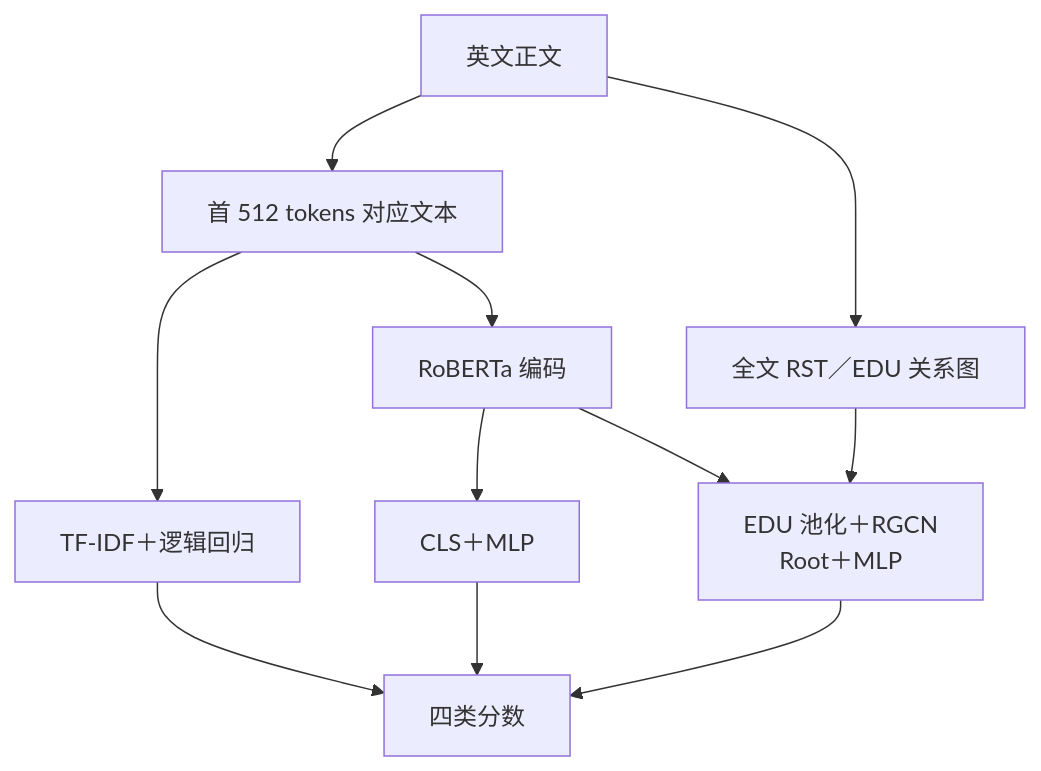
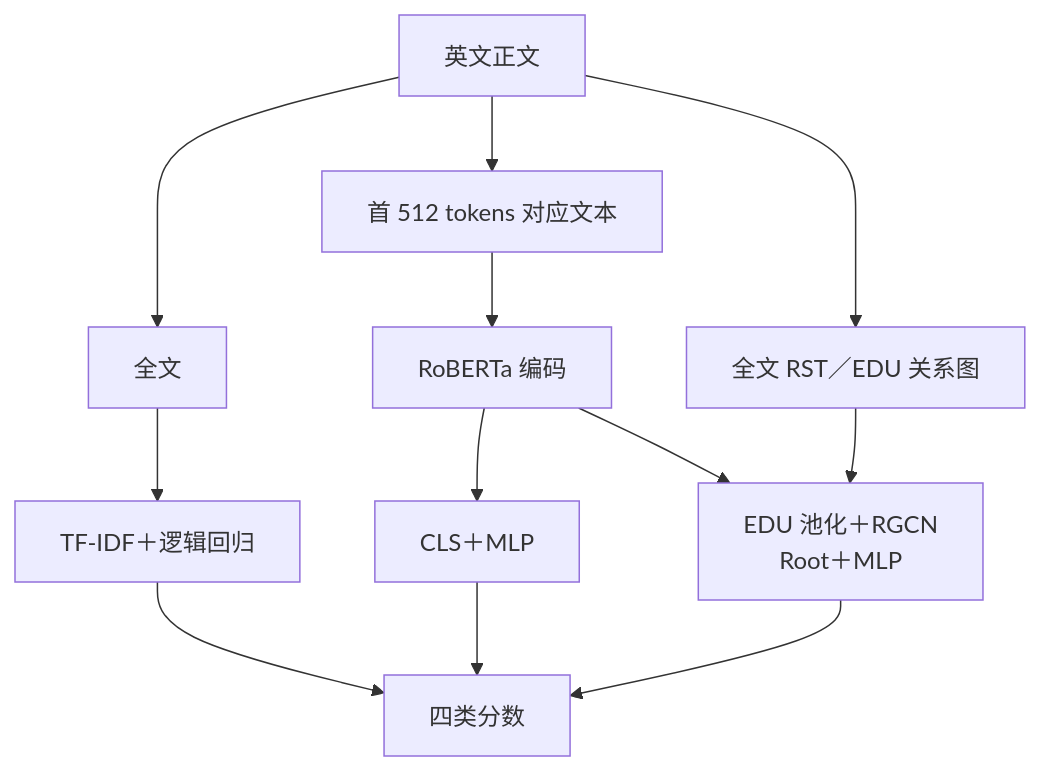
The diagram in README.zh-CN.md (Realsbt/ee6405-nlp-project), drawn with Mermaid before and after one commit. The commit also changed 1 other file, not shown here.

Commit message:
Fix the pipeline diagram for the full-text TF-IDF path
TF-IDF has no position embeddings, so it now reads the whole document
instead of the first 512 tokens. The diagram still routed it through the
token window.

````diff
--- a/README.zh-CN.md
+++ b/README.zh-CN.md
@@ -48,13 +48,14 @@
 ```mermaid
 flowchart TB
     T["英文正文"] --> V["首 512 tokens 对应文本"]
-    V --> F["TF-IDF＋逻辑回归"]
+    T --> W["全文"]
+    W --> F["TF-IDF＋逻辑回归"]
     V --> B["RoBERTa 编码"]
     B --> C["CLS＋MLP"]
     T --> G["全文 RST／EDU 关系图"]
     B --> R["EDU 池化＋RGCN<br/>Root＋MLP"]
     G --> R
     F --> Y["四类分数"]
     C --> Y
     R --> Y
 ```
````
